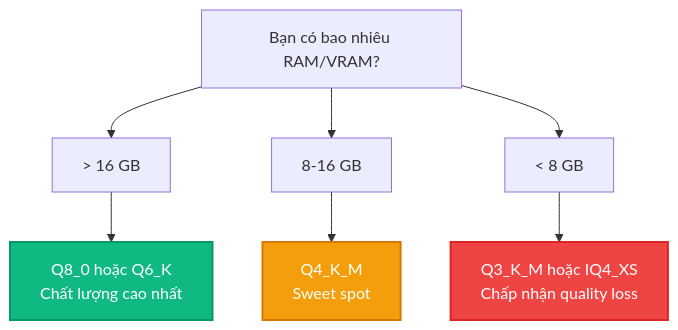
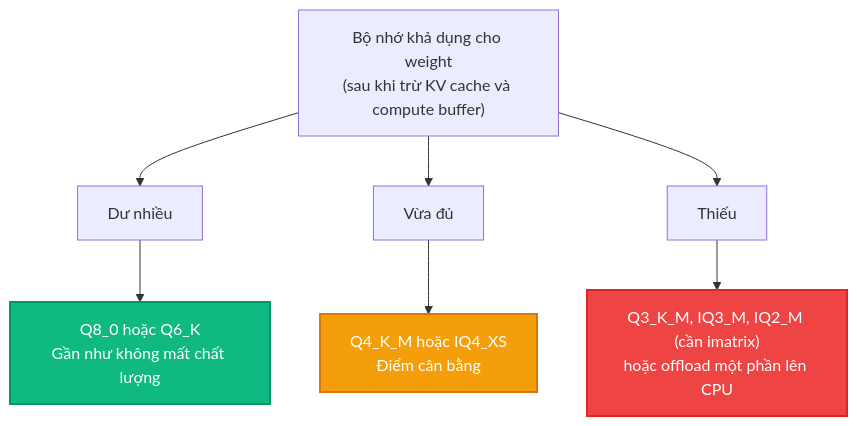
One commit to tuandung222/llama-cpp-architecture-lectures changed the diagram in docs/lesson_8_performance_tuning.md. Above: the diagram before and after it, drawn with Mermaid. The commit also changed other lines of this file and 5 other files, not shown here.

````diff
--- a/docs/lesson_8_performance_tuning.md
+++ b/docs/lesson_8_performance_tuning.md
@@ -81,14 +172,14 @@
 ```mermaid
 graph TD
-    Start["Bạn có bao nhiêu RAM/VRAM?"] --> C8["> 16 GB"]
-    Start --> C4["8-16 GB"]
-    Start --> C2["< 8 GB"]
+    Start["Bộ nhớ khả dụng cho weight\n(sau khi trừ KV cache và compute buffer)"] --> C8["Dư nhiều"]
+    Start --> C4["Vừa đủ"]
+    Start --> C2["Thiếu"]
 
-    C8 --> Q8["Q8_0 hoặc Q6_K\nChất lượng cao nhất"]
-    C4 --> Q4["Q4_K_M\nSweet spot"]
-    C2 --> Q2["Q3_K_M hoặc IQ4_XS\nChấp nhận quality loss"]
+    C8 --> Q8["Q8_0 hoặc Q6_K\nGần như không mất chất lượng"]
+    C4 --> Q4["Q4_K_M hoặc IQ4_XS\nĐiểm cân bằng"]
+    C2 --> Q2["Q3_K_M, IQ3_M, IQ2_M (cần imatrix)\nhoặc offload một phần lên CPU"]
 
     style Q8 fill:#10b981,stroke:#059669,stroke-width:2px,color:#fff
     style Q4 fill:#f59e0b,stroke:#d97706,stroke-width:2px,color:#fff
     style Q2 fill:#ef4444,stroke:#dc2626,stroke-width:2px,color:#fff
 ```
````
